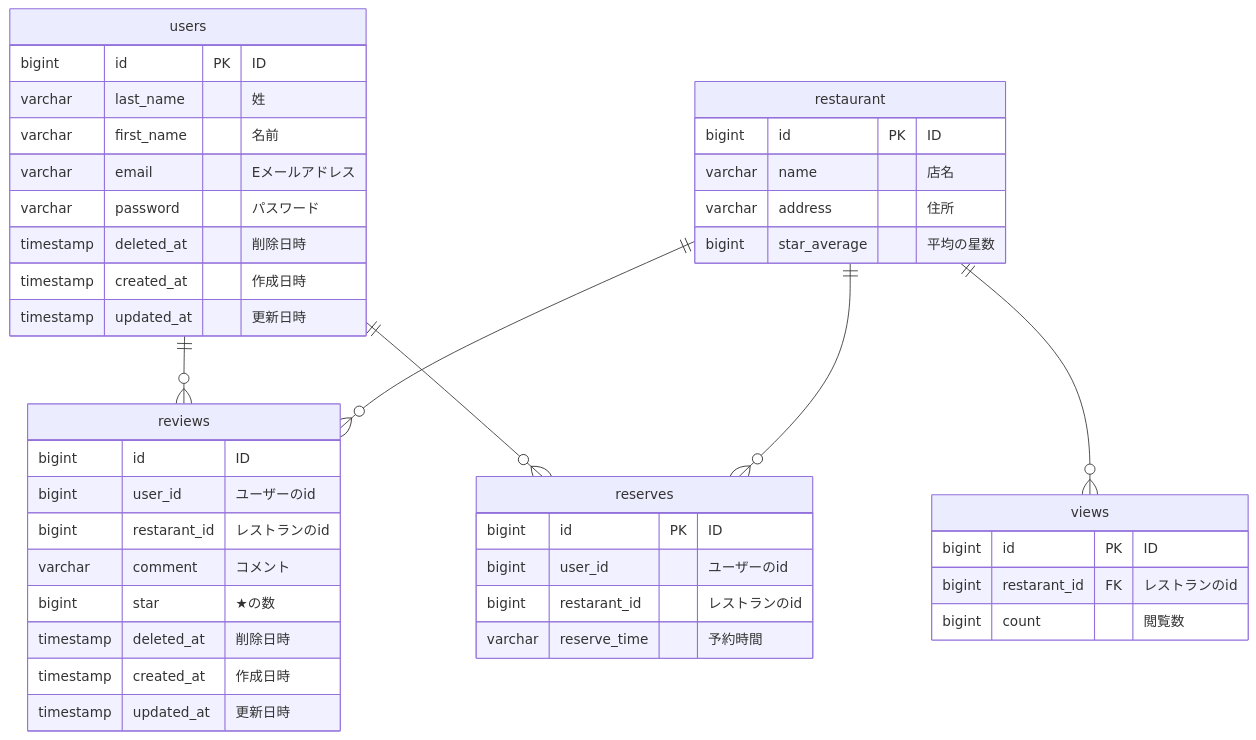
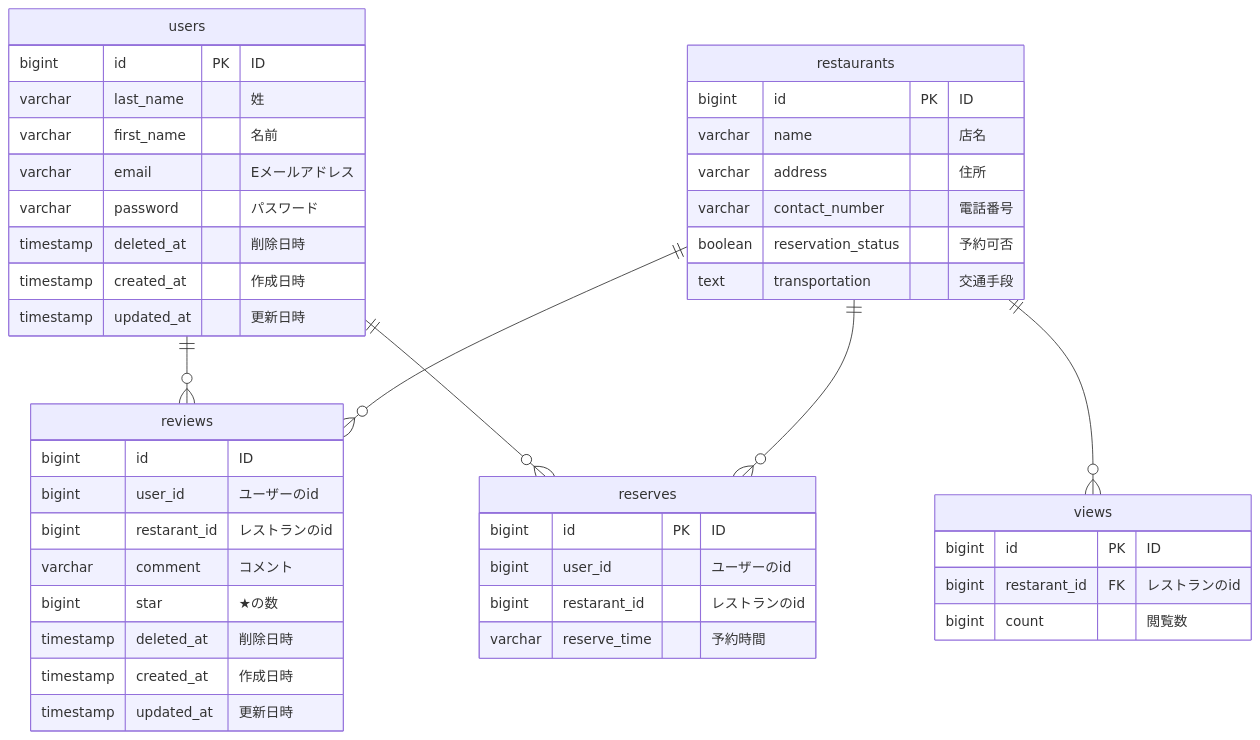
The diagram in kinoshita/practice-erd/tabelog/ER図.md (StoryEdutech/study_repo), drawn with Mermaid before and after one commit.

Commit message:
restaurantsテーブル修正

````diff
--- a/kinoshita/practice-erd/tabelog/ER図.md
+++ b/kinoshita/practice-erd/tabelog/ER図.md
@@ -1,52 +1,54 @@
 ```mermaid
 erDiagram
     users ||--o{ reviews : ""
     users ||--o{ reserves : ""
 
-    restaurant ||--o{ reviews : ""
-    restaurant ||--o{ views : ""
-    restaurant ||--o{ reserves : ""
+    restaurants ||--o{ reviews : ""
+    restaurants ||--o{ views : ""
+    restaurants ||--o{ reserves : ""
 
     users {
       bigint id PK "ID"
       varchar last_name "姓"
       varchar first_name "名前"
       varchar email "Eメールアドレス"
       varchar password "パスワード"
       timestamp deleted_at "削除日時"
       timestamp created_at "作成日時"
       timestamp updated_at "更新日時"
     }
 
-    restaurant {
+    restaurants {
       bigint id PK "ID"
       varchar name "店名"
-      varchar  address "住所"
-      bigint star_average "平均の星数"
+      varchar address "住所"
+      varchar contact_number "電話番号"
+      boolean reservation_status "予約可否"
+      text transportation "交通手段"
     }
 
     views {
       bigint id PK "ID"
       bigint restarant_id FK "レストランのid"
       bigint count "閲覧数"
     }
 
     reviews {
       bigint id "ID"
       bigint user_id "ユーザーのid"
       bigint restarant_id "レストランのid"
       varchar comment "コメント"
       bigint star "★の数"
       timestamp deleted_at "削除日時"
       timestamp created_at "作成日時"
       timestamp updated_at "更新日時"
     }
 
     reserves {
       bigint id PK "ID"
       bigint user_id "ユーザーのid"
       bigint restarant_id "レストランのid"
       varchar reserve_time "予約時間"
     }
 
 ```
````
